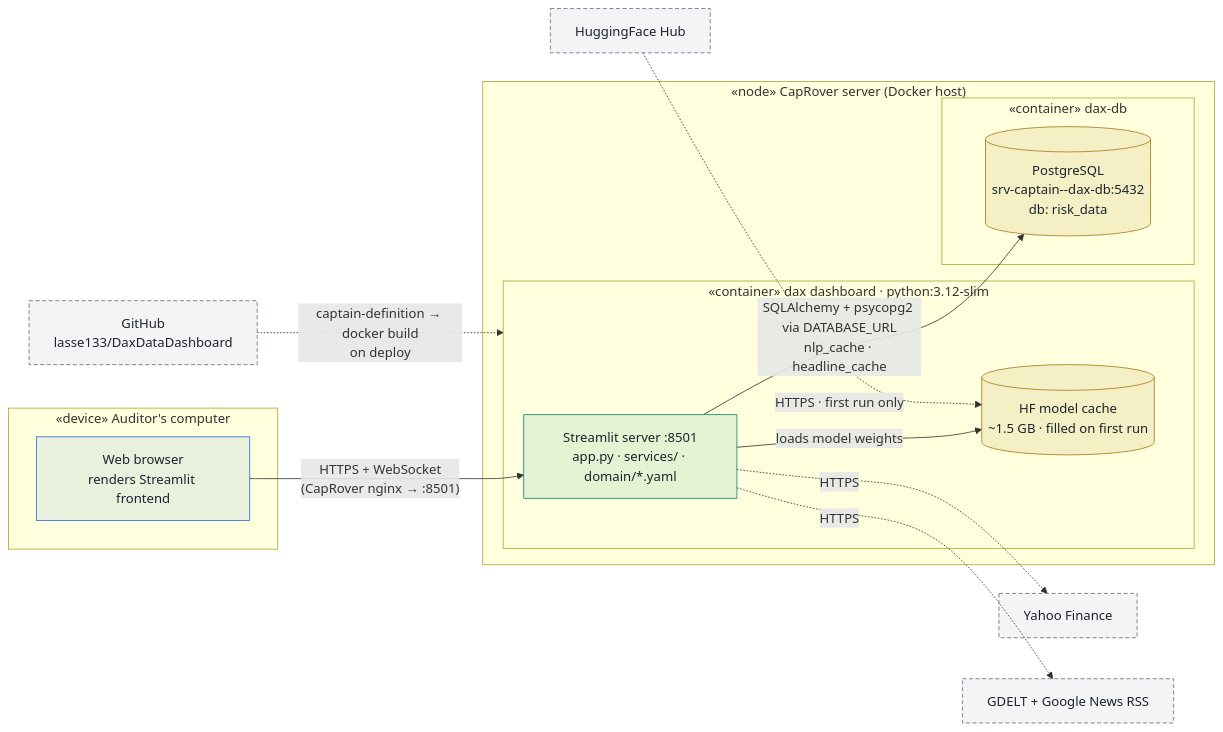
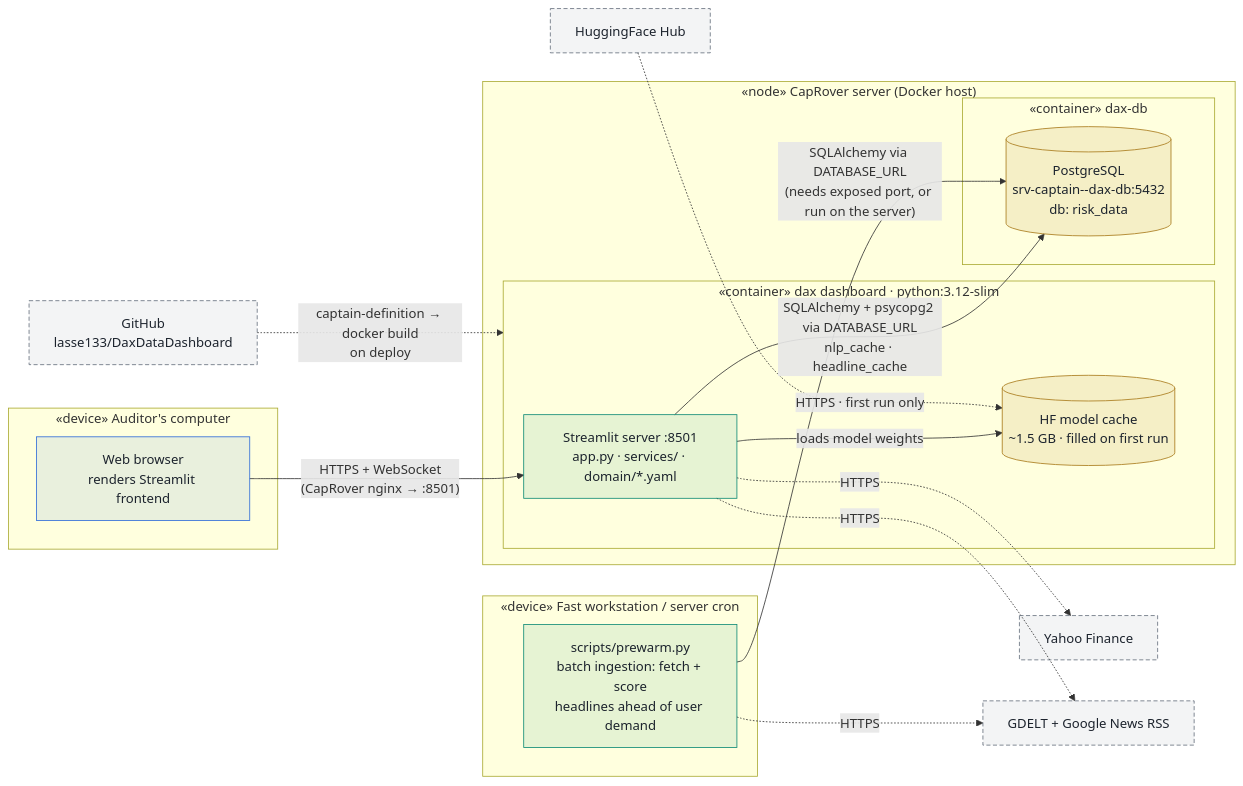
One commit to lasse133/DaxDataDashboard changed the diagram in doc/deployment-diagram.md. Above: the diagram before and after it, drawn with Mermaid. The commit also changed other lines of this file and 6 other files, not shown here.

````diff
--- a/doc/deployment-diagram.md
+++ b/doc/deployment-diagram.md
@@ -22,39 +22,45 @@
 ```mermaid
 flowchart LR
     subgraph CLIENT["«device» Auditor's computer"]
         BROWSER["Web browser<br/>renders Streamlit frontend"]
     end
 
     subgraph CAPROVER["«node» CapRover server (Docker host)"]
         subgraph APPC["«container» dax dashboard · python:3.12-slim"]
             APP["Streamlit server :8501<br/>app.py · services/ · domain/*.yaml"]
             CACHE[("HF model cache<br/>~1.5 GB · filled on first run")]
         end
         subgraph DBC["«container» dax-db"]
             PG[("PostgreSQL<br/>srv-captain--dax-db:5432<br/>db: risk_data")]
         end
     end
 
+    subgraph BATCH["«device» Fast workstation / server cron"]
+        PREWARM["scripts/prewarm.py<br/>batch ingestion: fetch + score<br/>headlines ahead of user demand"]
+    end
+
     GITHUB["GitHub<br/>lasse133/DaxDataDashboard"]
     YAHOO["Yahoo Finance"]
     NEWSAPI["GDELT + Google News RSS"]
     HF["HuggingFace Hub"]
 
     BROWSER -->|"HTTPS + WebSocket<br/>(CapRover nginx → :8501)"| APP
     GITHUB -.->|"captain-definition → docker build<br/>on deploy"| APPC
     APP -->|"loads model weights"| CACHE
     APP -->|"SQLAlchemy + psycopg2 via DATABASE_URL<br/>nlp_cache · headline_cache"| PG
     APP -.->|"HTTPS"| YAHOO
     APP -.->|"HTTPS"| NEWSAPI
     HF -.->|"HTTPS · first run only"| CACHE
+    PREWARM -.->|"HTTPS"| NEWSAPI
+    PREWARM -->|"SQLAlchemy via DATABASE_URL<br/>(needs exposed port, or run on the server)"| PG
 
     classDef artifact fill:#0e8a761a,stroke:#0e8a76,color:#1c232d
     classDef store fill:#a97a1a1f,stroke:#a97a1a,color:#1c232d
     classDef ext fill:#66707d14,stroke:#66707d,stroke-dasharray:5 3,color:#1c232d
     classDef client fill:#2f6bd81a,stroke:#2f6bd8,color:#1c232d
 
-    class APP artifact
+    class APP,PREWARM artifact
     class CACHE,PG store
     class GITHUB,YAHOO,NEWSAPI,HF ext
     class BROWSER client
 ```
````
